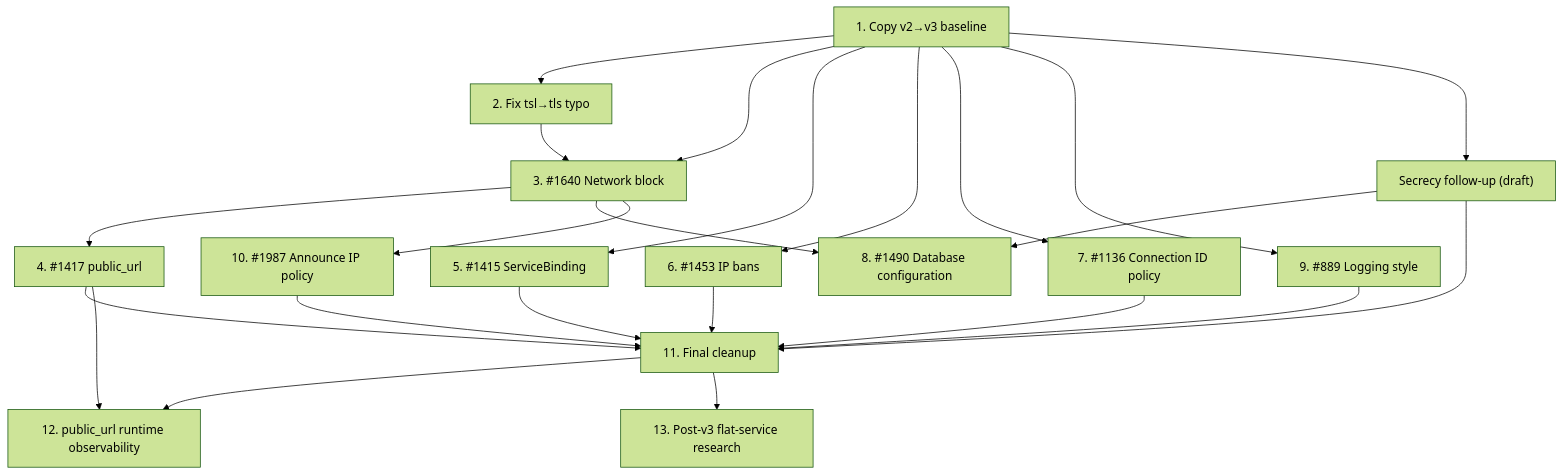
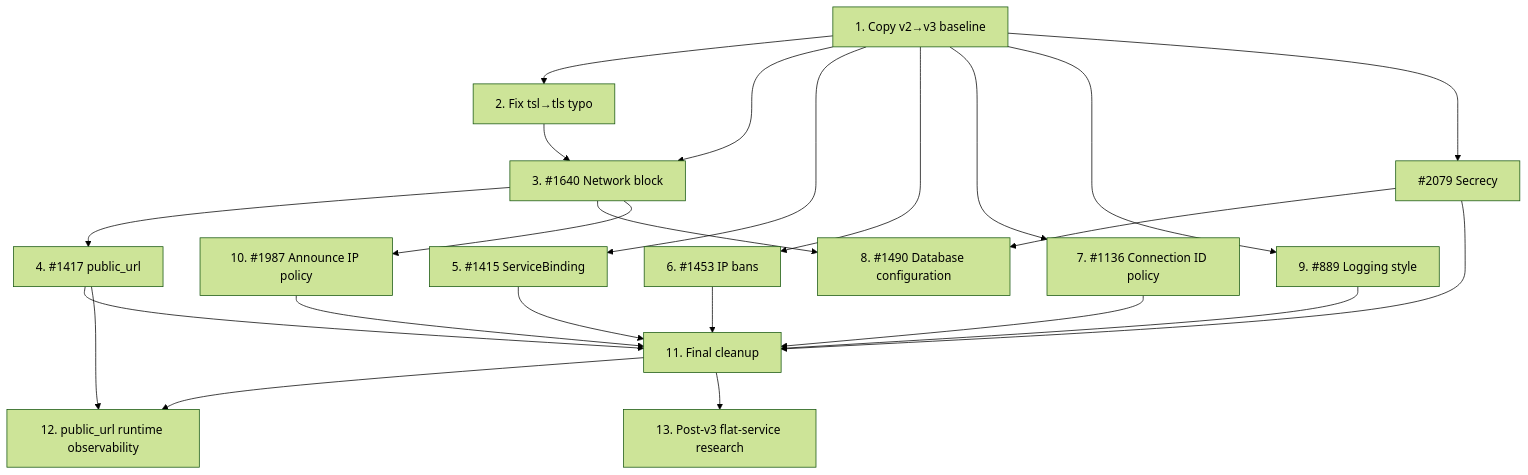
Before and after one commit to torrust/torrust-tracker: the diagram in docs/issues/open/1978-configuration-overhaul-epic/EPIC.md, drawn with Mermaid (forest theme). The commit also changed other lines of this file and 3 other files, not shown here.

````diff
--- a/docs/issues/open/1978-configuration-overhaul-epic/EPIC.md
+++ b/docs/issues/open/1978-configuration-overhaul-epic/EPIC.md
@@ -119,25 +119,25 @@
 ```mermaid
 graph TD
     sub1["1. Copy v2→v3 baseline"] --> sub2["2. Fix tsl→tls typo"]
     sub1 --> sub3["3. #1640 Network block"]
     sub1 --> sub5["5. #1415 ServiceBinding"]
     sub1 --> sub6["6. #1453 IP bans"]
       sub1 --> sub7["7. #1136 Connection ID policy"]
       sub1 --> sub9["9. #889 Logging style"]
     sub2 --> sub3
     sub3 --> sub4["4. #1417 public_url"]
-      sub1 --> secrecy["Secrecy follow-up (draft)"]
+      sub1 --> secrecy["#2079 Secrecy"]
       sub3 --> sub8["8. #1490 Database configuration"]
       secrecy --> sub8
       sub3 --> sub10["10. #1987 Announce IP policy"]
       sub4 --> sub11["11. Final cleanup"]
       sub5 --> sub11
       sub6 --> sub11
       sub7 --> sub11
       secrecy --> sub11
       sub9 --> sub11
       sub10 --> sub11
       sub4 --> sub12["12. public_url runtime observability"]
       sub11 --> sub12
       sub11 --> sub13["13. Post-v3 flat-service research"]
 ```
````
